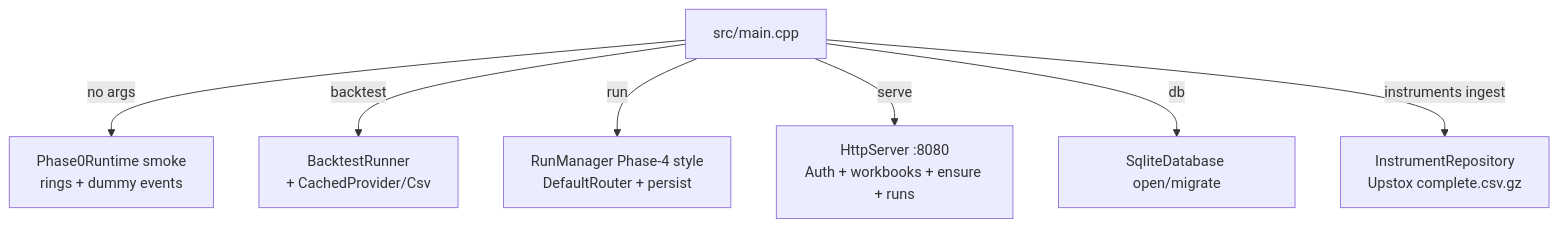
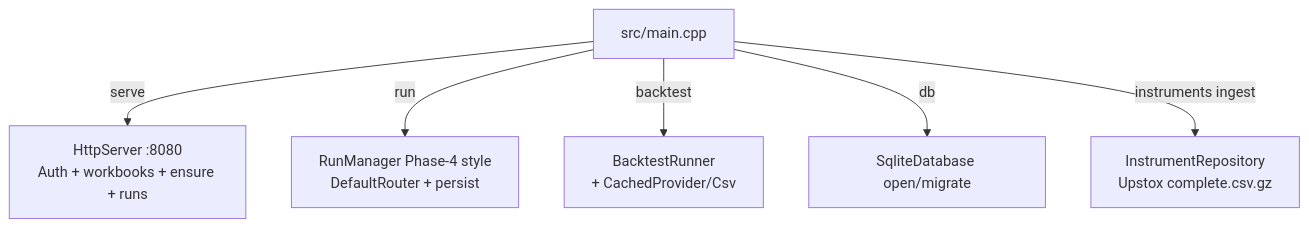
The first of 8 diagrams in Notes/CODEMAP.md (Ruhangrk/AlgoCraft), drawn with Mermaid before and after one commit. The commit also changed other lines of this file and 28 other files, not shown here.

````diff
--- a/Notes/CODEMAP.md
+++ b/Notes/CODEMAP.md
@@ -40,10 +40,9 @@
 ```mermaid
 flowchart TB
   MAIN["src/main.cpp"]
-  MAIN -->|no args| P0["Phase0Runtime smoke<br/>rings + dummy events"]
+  MAIN -->|serve| HTTP["HttpServer :8080<br/>Auth + workbooks + ensure + runs"]
+  MAIN -->|run| RM["RunManager Phase-4 style<br/>DefaultRouter + persist"]
   MAIN -->|backtest| BT["BacktestRunner<br/>+ CachedProvider/Csv"]
-  MAIN -->|run| RM["RunManager Phase-4 style<br/>DefaultRouter + persist"]
-  MAIN -->|serve| HTTP["HttpServer :8080<br/>Auth + workbooks + ensure + runs"]
   MAIN -->|db| DBSmoke["SqliteDatabase open/migrate"]
   MAIN -->|instruments ingest| INGEST["InstrumentRepository<br/>Upstox complete.csv.gz"]
 ```
````
